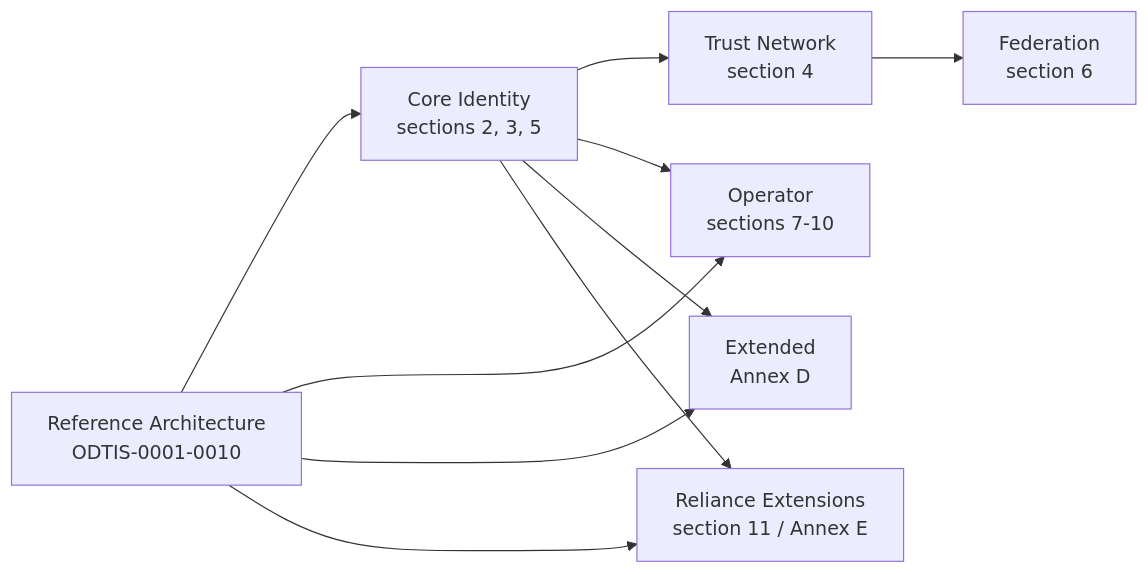
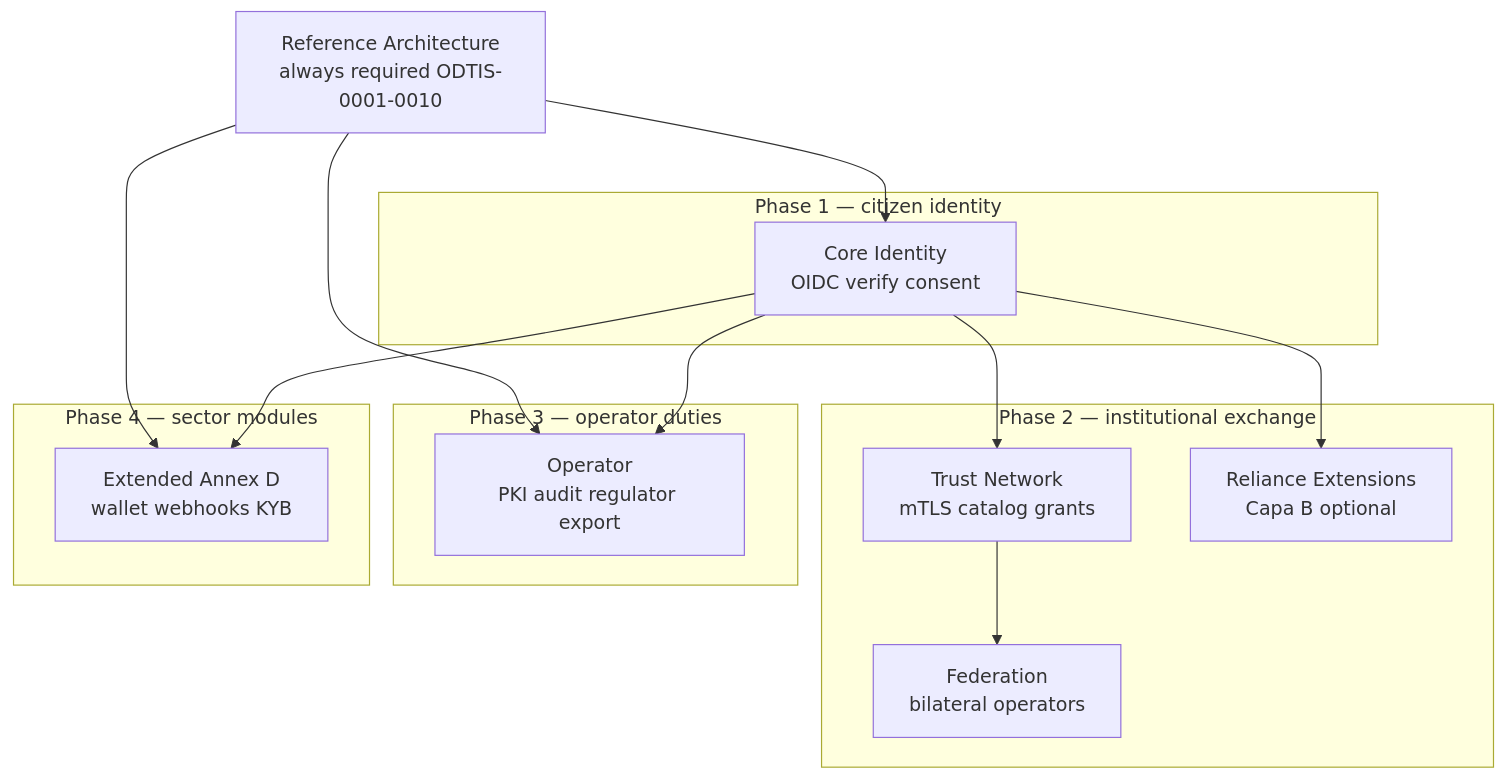
Before and after one commit to odtis/core-spec: the eighth of 12 diagrams in site/VISUAL-GUIDE.md, drawn with Mermaid. The commit also changed other lines of this file, not shown here.

First line of the commit message:
Improve Visual Guide with developer-first Mermaid diagrams.

````diff
--- a/site/VISUAL-GUIDE.md
+++ b/site/VISUAL-GUIDE.md
@@ -156,19 +321,31 @@
 ```mermaid
-flowchart LR
- RA[Reference Architecture<br/>ODTIS-0001-0010]
- CI[Core Identity<br/>sections 2, 3, 5]
- TN[Trust Network<br/>section 4]
- FED[Federation<br/>section 6]
- OP[Operator<br/>sections 7-10]
- EXT[Extended<br/>Annex D]
- REL[Reliance Extensions<br/>section 11 / Annex E]
+flowchart TB
+  RA[Reference Architecture<br/>always required ODTIS-0001-0010]
 
- RA --> CI
- CI --> TN --> FED
- RA --> OP
- CI --> OP
- RA --> EXT
- CI --> EXT
- RA --> REL
- CI --> REL
+  subgraph phase1 [Phase 1 — citizen identity]
+    CI[Core Identity<br/>OIDC verify consent]
+  end
+
+  subgraph phase2 [Phase 2 — institutional exchange]
+    TN[Trust Network<br/>mTLS catalog grants]
+    REL[Reliance Extensions<br/>Capa B optional]
+    FED[Federation<br/>bilateral operators]
+  end
+
+  subgraph phase3 [Phase 3 — operator duties]
+    OP[Operator<br/>PKI audit regulator export]
+  end
+
+  subgraph phase4 [Phase 4 — sector modules]
+    EXT[Extended Annex D<br/>wallet webhooks KYB]
+  end
+
+  RA --> CI
+  CI --> TN
+  TN --> FED
+  CI --> REL
+  RA --> OP
+  CI --> OP
+  RA --> EXT
+  CI --> EXT
 ```
````
